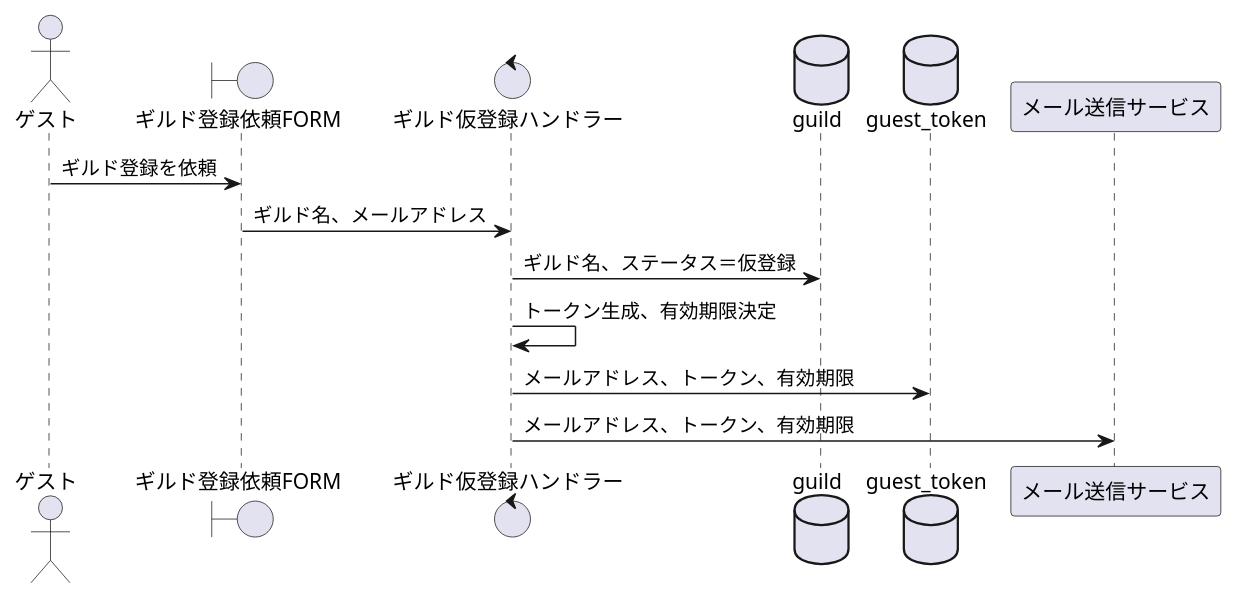
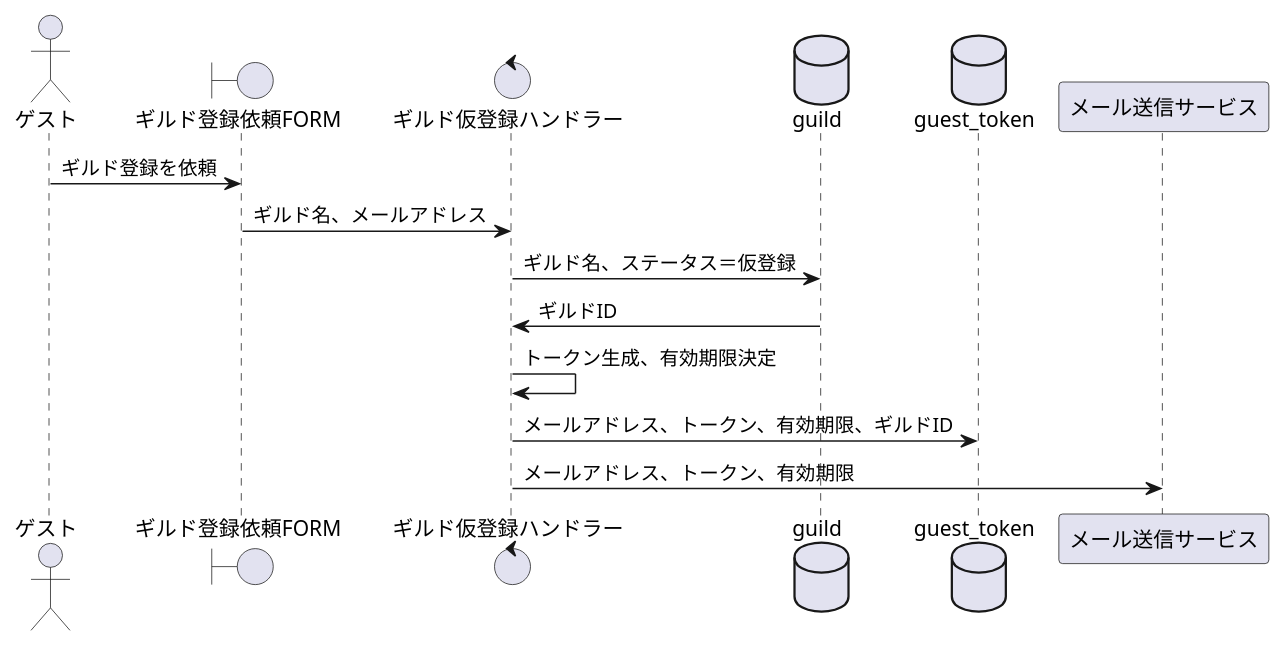
One commit to sky0621/familiagildo changed the diagram in design/sequence/ギルド登録を依頼する.puml. Above: the diagram before and after it, drawn with PlantUML. The commit also changed 13 other files, not shown here.

```diff
--- a/design/sequence/ギルド登録を依頼する.puml
+++ b/design/sequence/ギルド登録を依頼する.puml
@@ -1,17 +1,18 @@
 @startuml
 
 actor ゲスト as guest
 boundary ギルド登録依頼FORM as form
 control ギルド仮登録ハンドラー as handler
 database guild
 database guest_token
 participant メール送信サービス as mail
 
 guest -> form:ギルド登録を依頼
 form -> handler:ギルド名、メールアドレス
 handler -> guild:ギルド名、ステータス＝仮登録
+guild -> handler:ギルドID
 handler -> handler:トークン生成、有効期限決定
-handler -> guest_token:メールアドレス、トークン、有効期限
+handler -> guest_token:メールアドレス、トークン、有効期限、ギルドID
 handler -> mail:メールアドレス、トークン、有効期限
 
 @enduml
```
